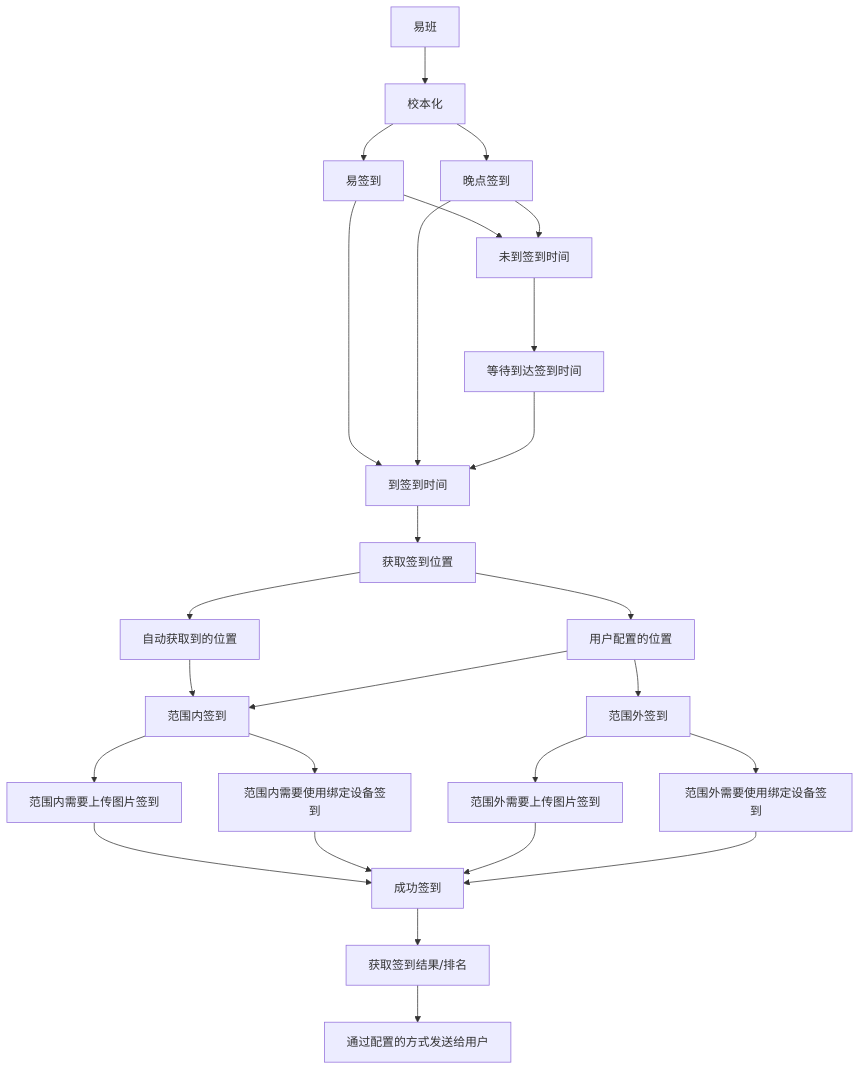
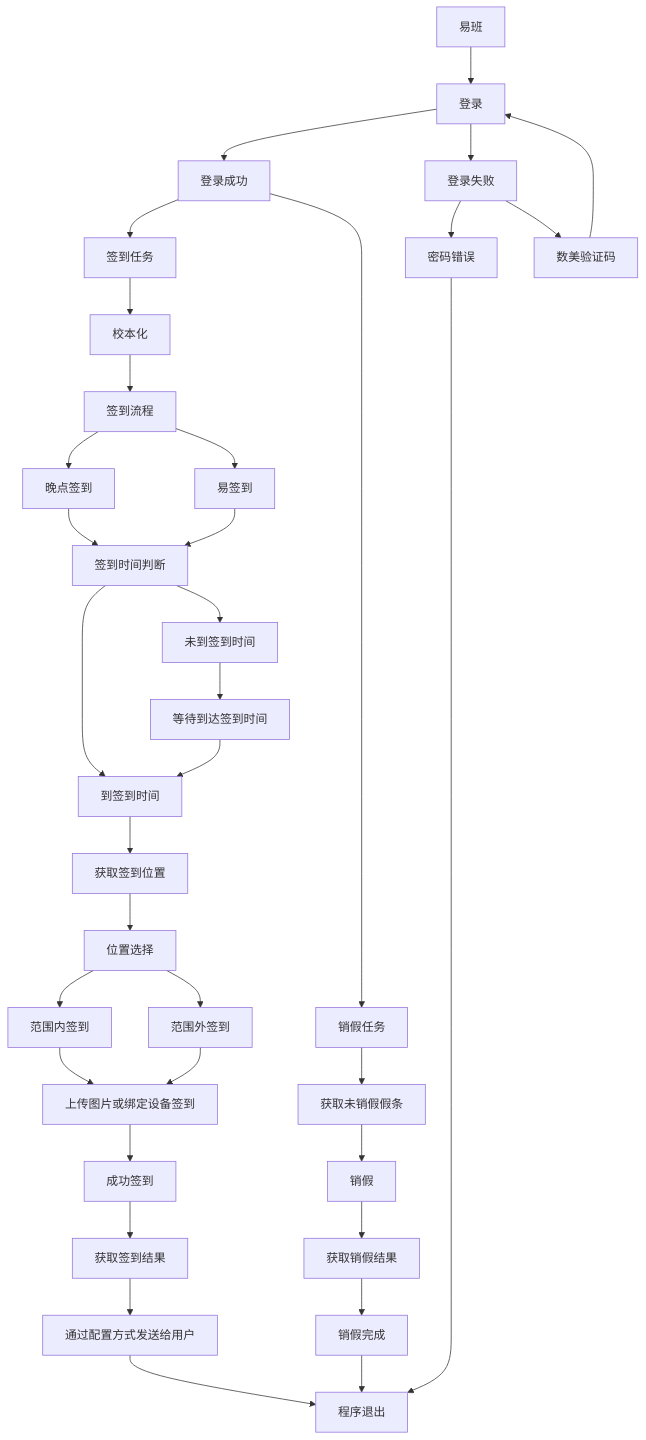
Before and after one commit to 2117516450/yiban_signin: the diagram in README.md, drawn with Mermaid. The commit also changed other lines of this file, not shown here.

````diff
--- a/README.md
+++ b/README.md
@@ -84,28 +85,51 @@
 ```mermaid
 graph TD;
-    易班-->校本化;
-    校本化-->晚点签到;
-    校本化-->易签到;
-    易签到-->到签到时间;
-    易签到-->未到签到时间;
-    晚点签到-->到签到时间;
-    晚点签到-->未到签到时间;
+    易班-->登录;
+    登录-->登录成功;
+    登录-->登录失败;
+    
+    登录成功-->签到任务;
+    签到任务-->校本化;
+    登录成功-->销假任务;
+    销假任务-->获取未销假假条;
+    获取未销假假条-->销假;
+    销假-->获取销假结果;
+    获取销假结果-->销假完成;
+    销假完成-->程序退出;
+
+    登录失败-->密码错误;
+    登录失败-->数美验证码;
+    
+    密码错误-->程序退出;
+    数美验证码-->登录;
+
+    校本化-->签到流程;
+
+    签到流程-->晚点签到;
+    签到流程-->易签到;
+
+    易签到-->签到时间判断;
+    晚点签到-->签到时间判断;
+
+    签到时间判断-->到签到时间;
+    签到时间判断-->未到签到时间;
+
     到签到时间-->获取签到位置;
-    未到签到时间--->等待到达签到时间;
-    等待到达签到时间--->到签到时间;
-    获取签到位置-->自动获取到的位置;
-    获取签到位置-->用户配置的位置;
-    自动获取到的位置-->范围内签到;
-    用户配置的位置-->范围内签到;
-    用户配置的位置-->范围外签到;
-    范围内签到-->范围内需要上传图片签到;
-    范围内签到-->范围内需要使用绑定设备签到;    
-    范围外签到-->范围外需要上传图片签到;
-    范围外签到-->范围外需要使用绑定设备签到;
-    范围内需要上传图片签到-->成功签到;
-    范围内需要使用绑定设备签到-->成功签到;
-    范围外需要上传图片签到-->成功签到;
-    范围外需要使用绑定设备签到-->成功签到;
-    成功签到-->获取签到结果/排名;
-    获取签到结果/排名-->通过配置的方式发送给用户;
+    获取签到位置-->位置选择;
+
+    未到签到时间-->等待到达签到时间;
+    等待到达签到时间-->到签到时间;
+
+    位置选择-->范围内签到;
+    位置选择-->范围外签到;
+
+    范围内签到-->上传图片或绑定设备签到;
+    范围外签到-->上传图片或绑定设备签到;
+
+    上传图片或绑定设备签到-->成功签到;
+
+    成功签到-->获取签到结果;
+    获取签到结果-->通过配置方式发送给用户;
+
+    通过配置方式发送给用户-->程序退出;
 ```
````
